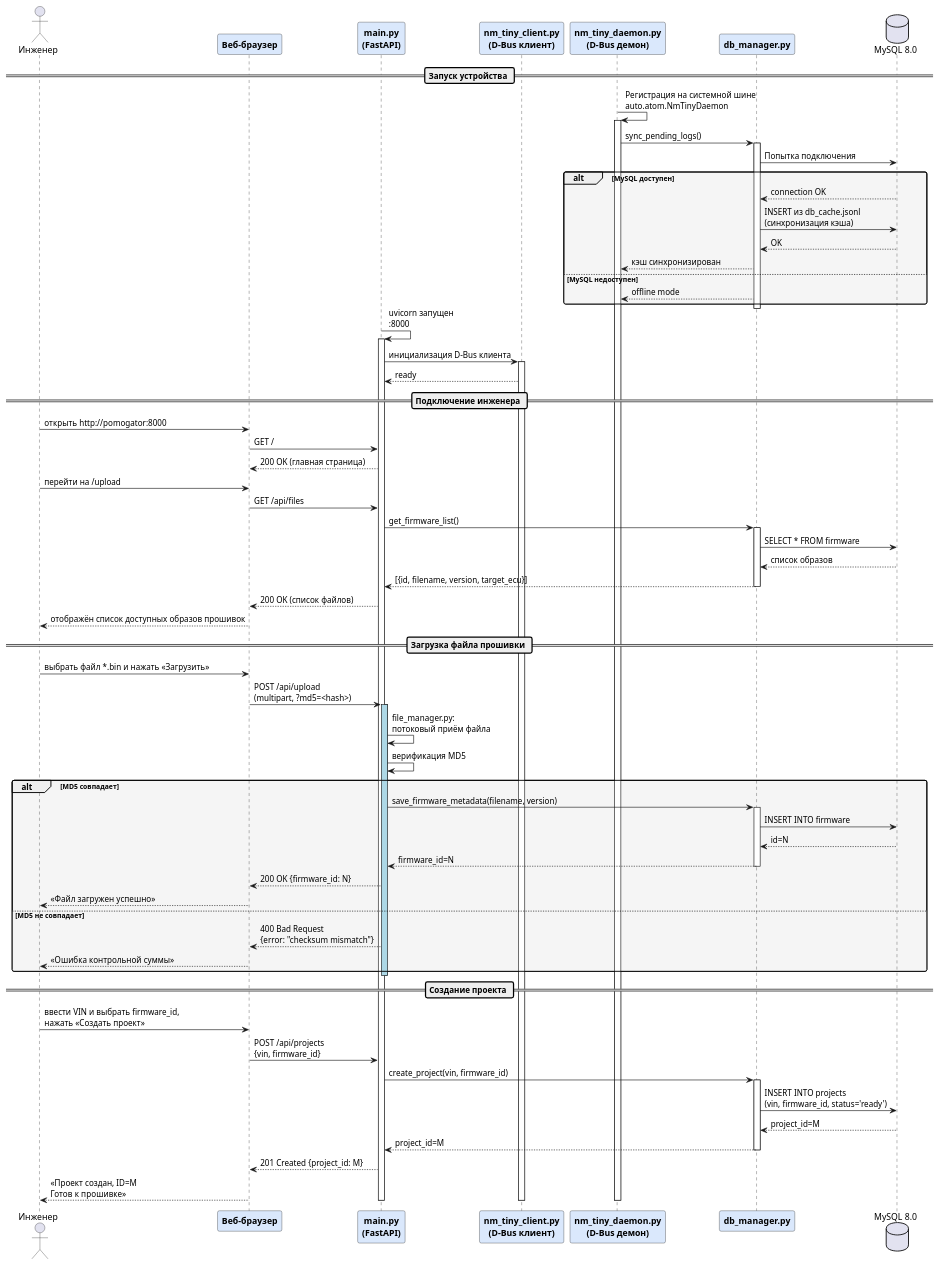
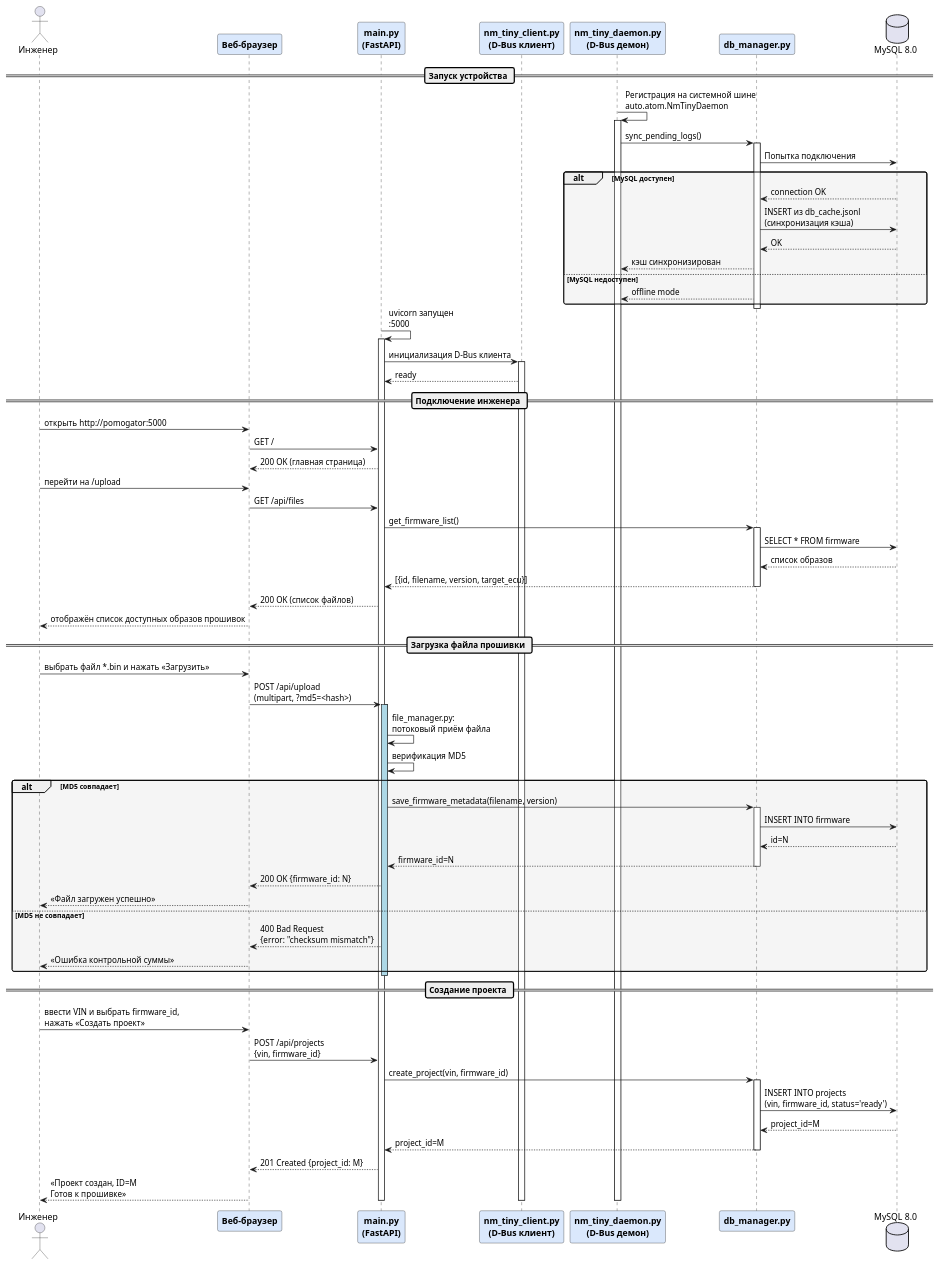
Before and after one commit to hc7/vkr1: the diagram in seq_3_3_init.md, drawn with PlantUML.

```diff
--- a/seq_3_3_init.md
+++ b/seq_3_3_init.md
@@ -53,7 +53,7 @@
 end
 deactivate DB
 
-API -> API : uvicorn запущен\n:8000
+API -> API : uvicorn запущен\n:5000
 activate API
 API -> CLIENT : инициализация D-Bus клиента
 activate CLIENT
@@ -61,7 +61,7 @@
 
 == Подключение инженера ==
 
-ENG -> UI : открыть http://pomogator:8000
+ENG -> UI : открыть http://pomogator:5000
 UI -> API : GET /
 API --> UI : 200 OK (главная страница)
 
```
